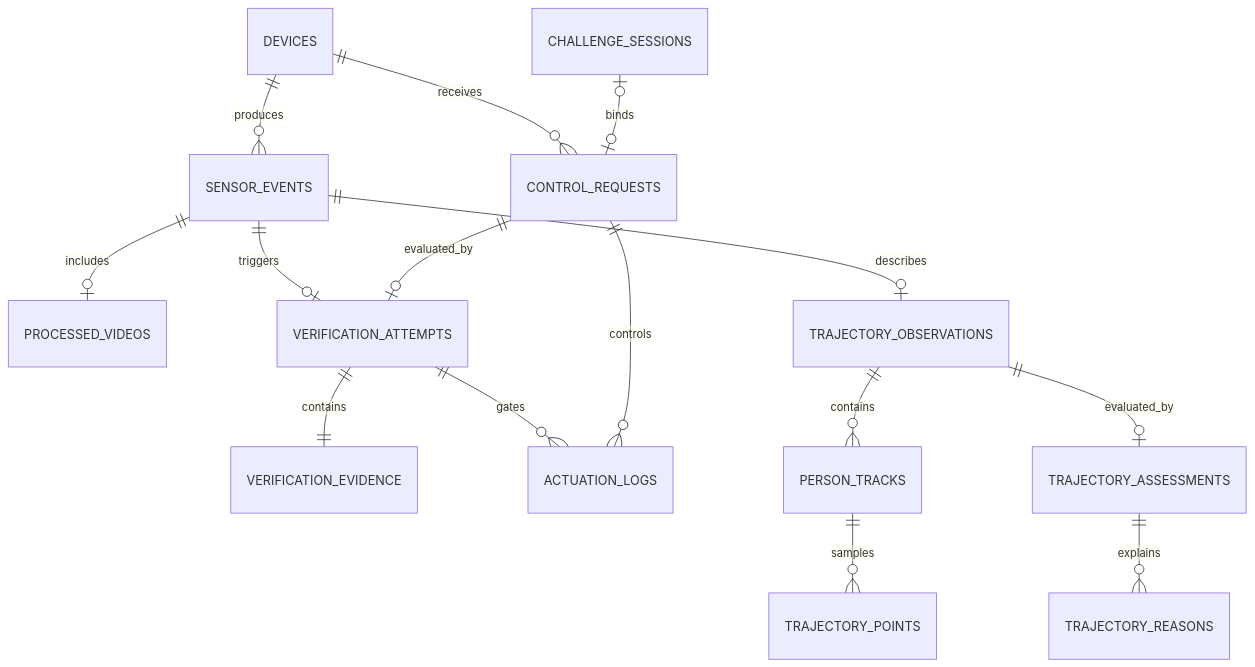
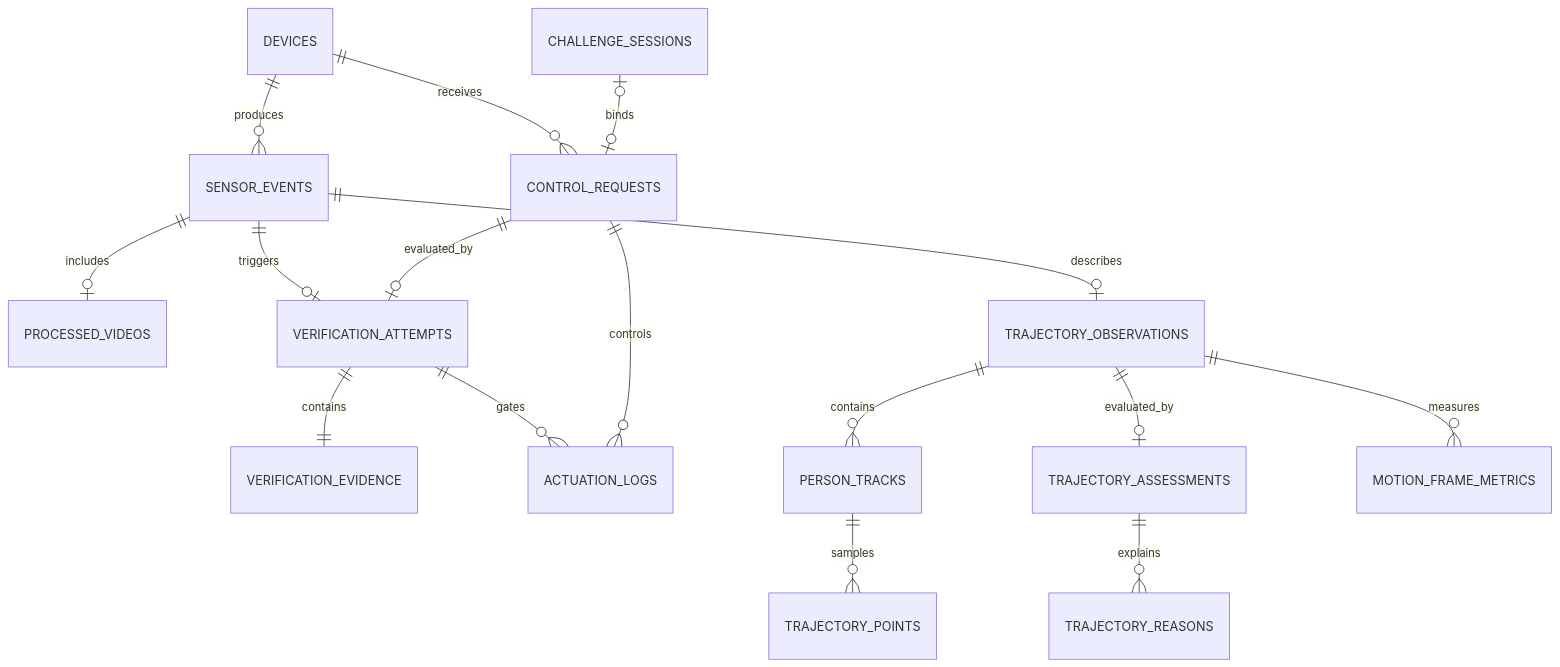
Before and after one commit to Uree1229/Risk-ZERO: the diagram in docs/database-design.md, drawn with Mermaid. The commit also changed other lines of this file and 43 other files, not shown here.

````diff
--- a/docs/database-design.md
+++ b/docs/database-design.md
@@ -44,17 +47,18 @@
 ```mermaid
 erDiagram
     DEVICES ||--o{ SENSOR_EVENTS : produces
     DEVICES ||--o{ CONTROL_REQUESTS : receives
     CHALLENGE_SESSIONS o|--o| CONTROL_REQUESTS : binds
     SENSOR_EVENTS ||--o| PROCESSED_VIDEOS : includes
     SENSOR_EVENTS ||--o| VERIFICATION_ATTEMPTS : triggers
     CONTROL_REQUESTS ||--o| VERIFICATION_ATTEMPTS : evaluated_by
     VERIFICATION_ATTEMPTS ||--|| VERIFICATION_EVIDENCE : contains
     VERIFICATION_ATTEMPTS ||--o{ ACTUATION_LOGS : gates
     CONTROL_REQUESTS ||--o{ ACTUATION_LOGS : controls
     SENSOR_EVENTS ||--o| TRAJECTORY_OBSERVATIONS : describes
     TRAJECTORY_OBSERVATIONS ||--o{ PERSON_TRACKS : contains
     PERSON_TRACKS ||--o{ TRAJECTORY_POINTS : samples
     TRAJECTORY_OBSERVATIONS ||--o| TRAJECTORY_ASSESSMENTS : evaluated_by
     TRAJECTORY_ASSESSMENTS ||--o{ TRAJECTORY_REASONS : explains
+    TRAJECTORY_OBSERVATIONS ||--o{ MOTION_FRAME_METRICS : measures
 ```
````
